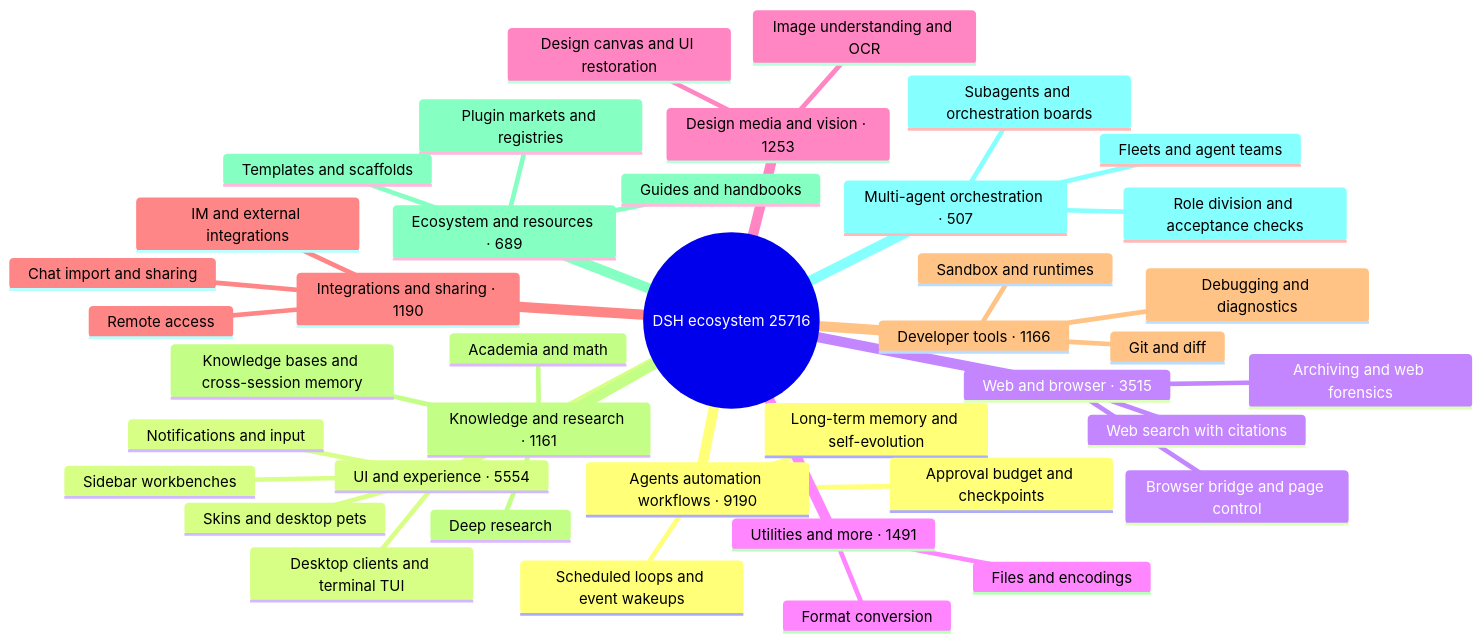
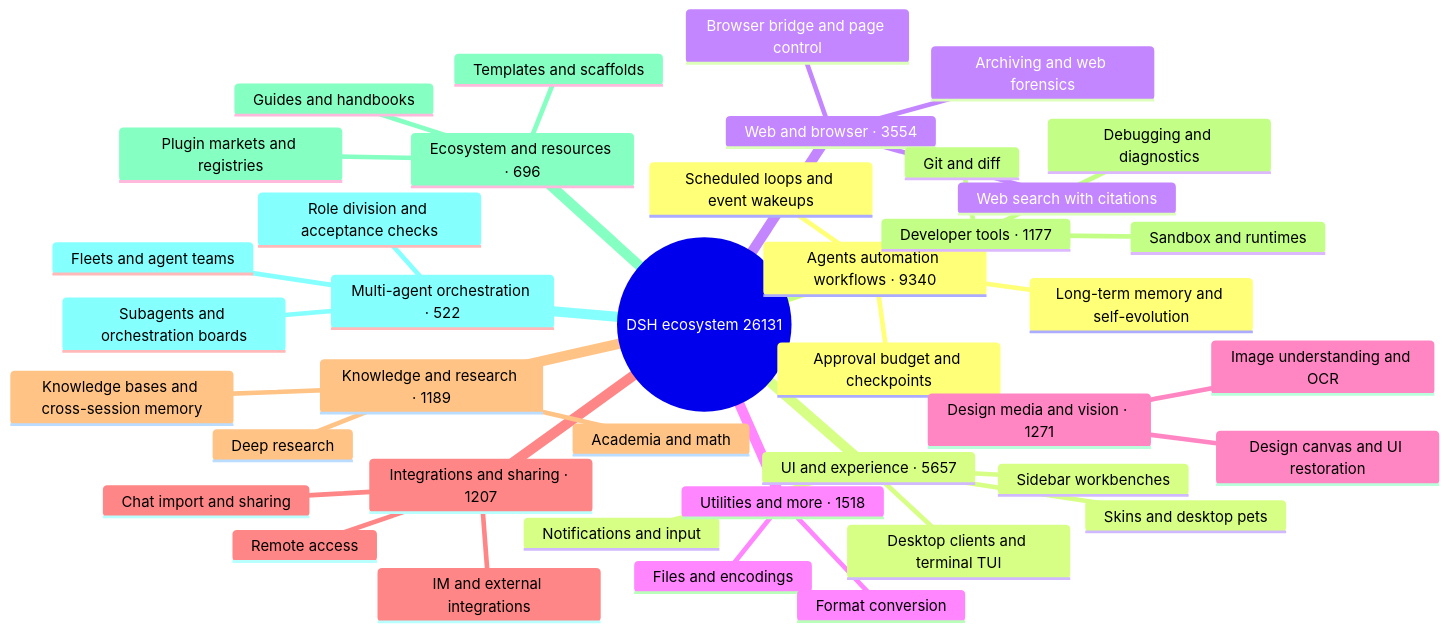
One commit to bruc3van/awesome-dsh-plugin changed the diagram in README_EN.md. Above: the diagram before and after it, drawn with Mermaid. The commit also changed other lines of this file and 26 other files, not shown here.

````diff
--- a/README_EN.md
+++ b/README_EN.md
@@ -32,43 +32,43 @@
 ```mermaid
 mindmap
-  root((DSH ecosystem 25716))
-    Agents automation workflows · 9190
+  root((DSH ecosystem 26131))
+    Agents automation workflows · 9340
       Scheduled loops and event wakeups
       Long-term memory and self-evolution
       Approval budget and checkpoints
-    UI and experience · 5554
+    UI and experience · 5657
       Desktop clients and terminal TUI
       Sidebar workbenches
       Skins and desktop pets
       Notifications and input
-    Web and browser · 3515
+    Web and browser · 3554
       Browser bridge and page control
       Web search with citations
       Archiving and web forensics
-    Utilities and more · 1491
+    Utilities and more · 1518
       Files and encodings
       Format conversion
-    Design media and vision · 1253
+    Design media and vision · 1271
       Image understanding and OCR
       Design canvas and UI restoration
-    Integrations and sharing · 1190
+    Integrations and sharing · 1207
       Chat import and sharing
       Remote access
       IM and external integrations
-    Developer tools · 1166
+    Knowledge and research · 1189
+      Knowledge bases and cross-session memory
+      Deep research
+      Academia and math
+    Developer tools · 1177
       Git and diff
       Sandbox and runtimes
       Debugging and diagnostics
-    Knowledge and research · 1161
-      Knowledge bases and cross-session memory
-      Deep research
-      Academia and math
-    Ecosystem and resources · 689
+    Ecosystem and resources · 696
       Plugin markets and registries
       Templates and scaffolds
       Guides and handbooks
-    Multi-agent orchestration · 507
+    Multi-agent orchestration · 522
       Subagents and orchestration boards
       Fleets and agent teams
       Role division and acceptance checks
 ```
````
